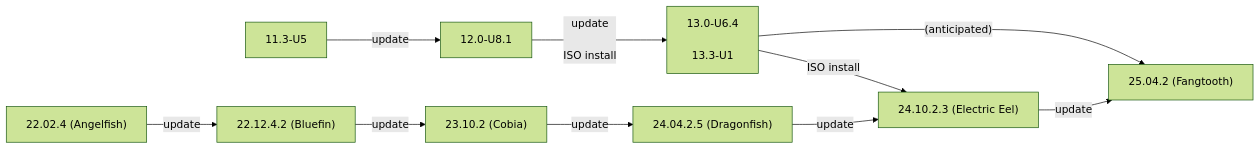
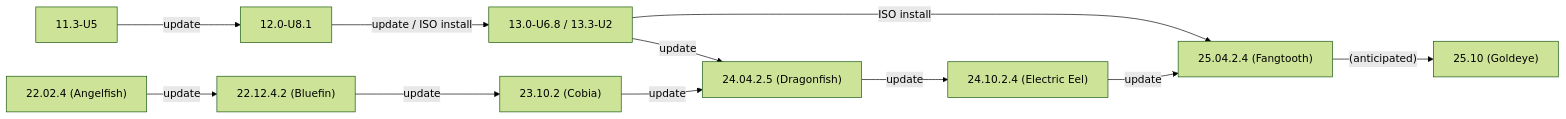
The first of 2 diagrams in static/includes/SCALEUpgradePaths.md (truenas/documentation), drawn with Mermaid (forest theme) before and after one commit. The commit also changed other lines of this file and 2 other files, not shown here.

```diff
--- a/static/includes/SCALEUpgradePaths.md
+++ b/static/includes/SCALEUpgradePaths.md
@@ -67,13 +71,14 @@
-          {{< mermaid class="mermaid_sizing" >}}
-          flowchart LR
-            A["11.3-U5"] -->|update| B["12.0-U8.1"]
-            B -->|"update<br><br>ISO install"| C["13.0-U6.4<br><br>13.3-U1"]
-            C -->|ISO install| H
-            C -->|"(anticipated)"| I
-            D["22.02.4 (Angelfish)"] -->|update| E
-            E["22.12.4.2 (Bluefin)"] -->|update| F
-            F["23.10.2 (Cobia)"] -->|update| G
-            G["24.04.2.5 (Dragonfish)"] -->|update| H
-            H["24.10.2.3 (Electric Eel)"] -->|update| I
-            I["25.04.2 (Fangtooth)"]
-          {{< /mermaid >}}
+            {{< mermaid class="mermaid_sizing" >}}
+            flowchart LR
+              A["11.3-U5"] -->|update| B["12.0-U8.1"]
+              B -->|"update / ISO install"| C["13.0-U6.8 / 13.3-U2"]
+              C -->|update| G
+              C -->|ISO install| I
+              D["22.02.4 (Angelfish)"] -->|update| E
+              E["22.12.4.2 (Bluefin)"] -->|update| F
+              F["23.10.2 (Cobia)"] -->|update| G
+              G["24.04.2.5 (Dragonfish)"] -->|update| H
+              H["24.10.2.4 (Electric Eel)"] -->|update| I
+              I["25.04.2.4 (Fangtooth)"] -->|"(anticipated)"| J
+            J["25.10 (Goldeye)"]
+            {{< /mermaid >}}
```
